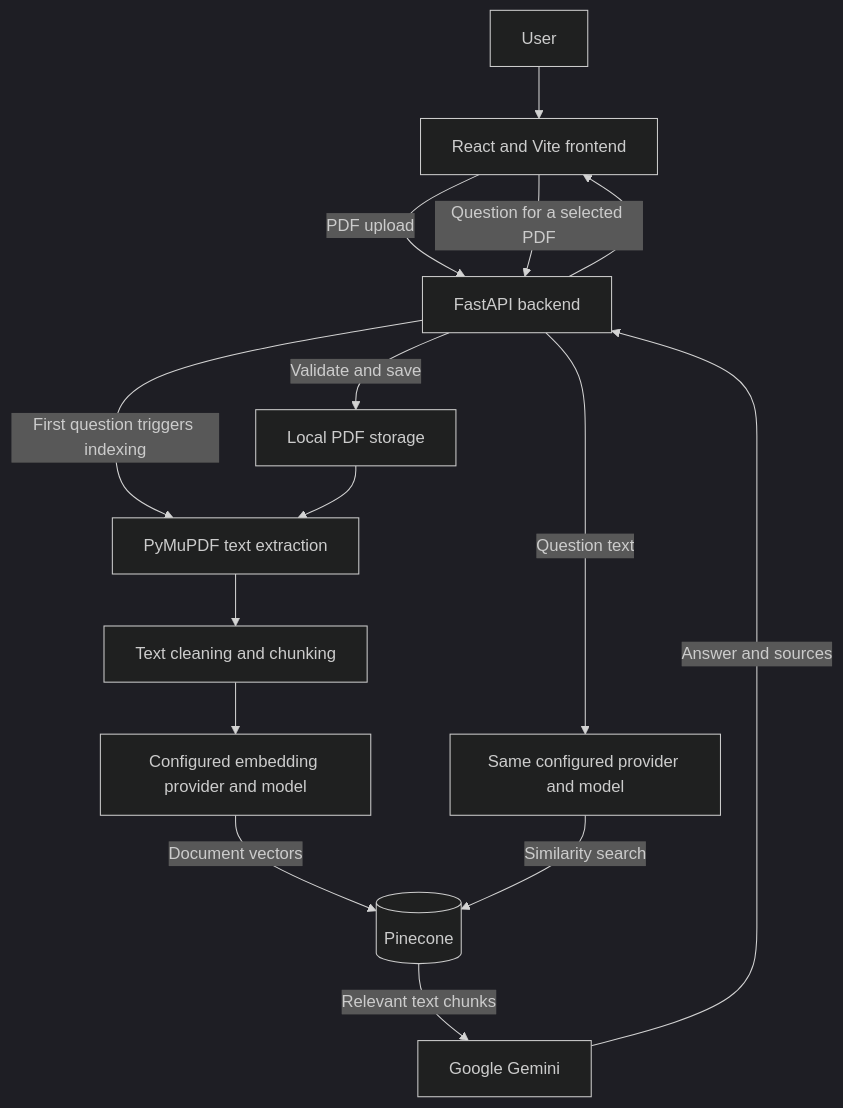
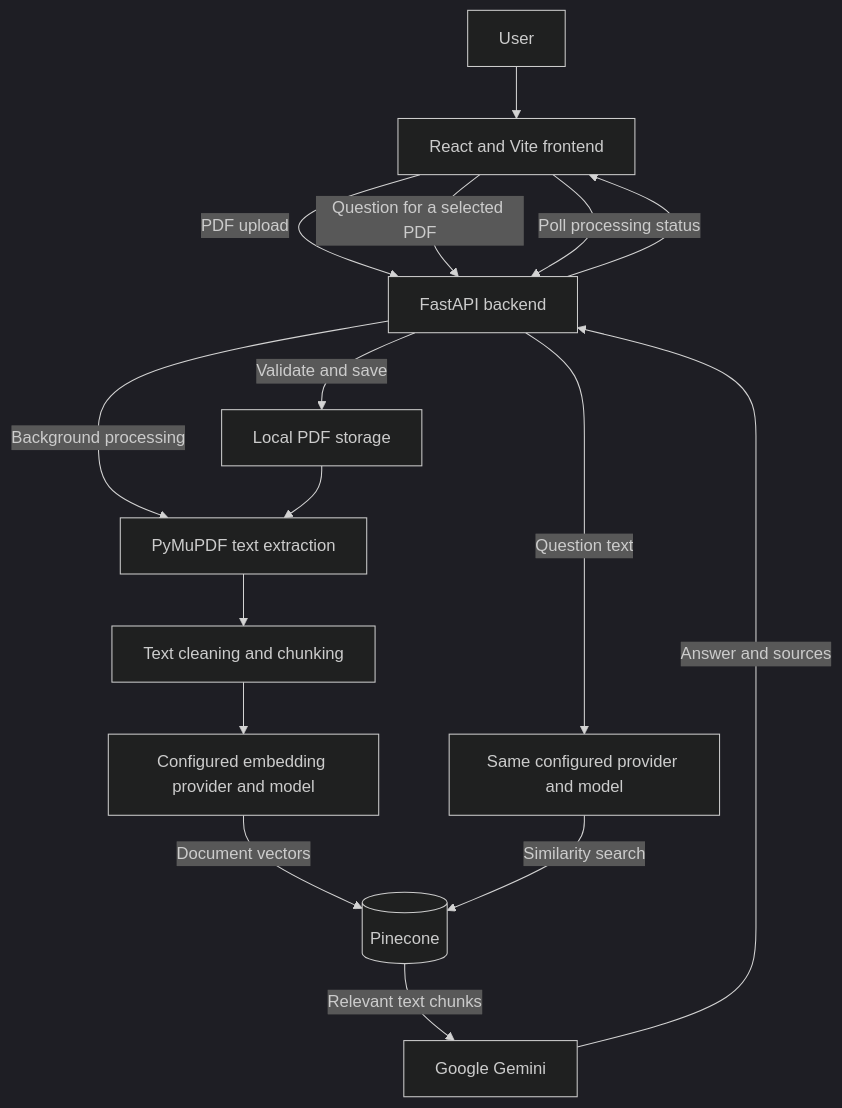
Before and after one commit to SamadhanEkad/OmniBrain: the diagram in README.md, drawn with Mermaid (dark theme). The commit also changed other lines of this file and 2 other files, not shown here.

````diff
--- a/README.md
+++ b/README.md
@@ -29,17 +30,18 @@
 ```mermaid
 flowchart TD
     U[User] --> FE[React and Vite frontend]
     FE -->|PDF upload| API[FastAPI backend]
     API -->|Validate and save| PDF[Local PDF storage]
     FE -->|Question for a selected PDF| API
-    API -->|First question triggers indexing| EX[PyMuPDF text extraction]
+    API -->|Background processing| EX[PyMuPDF text extraction]
     PDF --> EX
     EX --> CH[Text cleaning and chunking]
     CH --> EMB[Configured embedding provider and model]
     EMB -->|Document vectors| DB[(Pinecone)]
     API -->|Question text| QE[Same configured provider and model]
     QE -->|Similarity search| DB
     DB -->|Relevant text chunks| GEN[Google Gemini]
     GEN -->|Answer and sources| API
     API --> FE
+    FE -->|Poll processing status| API
 ```
````
